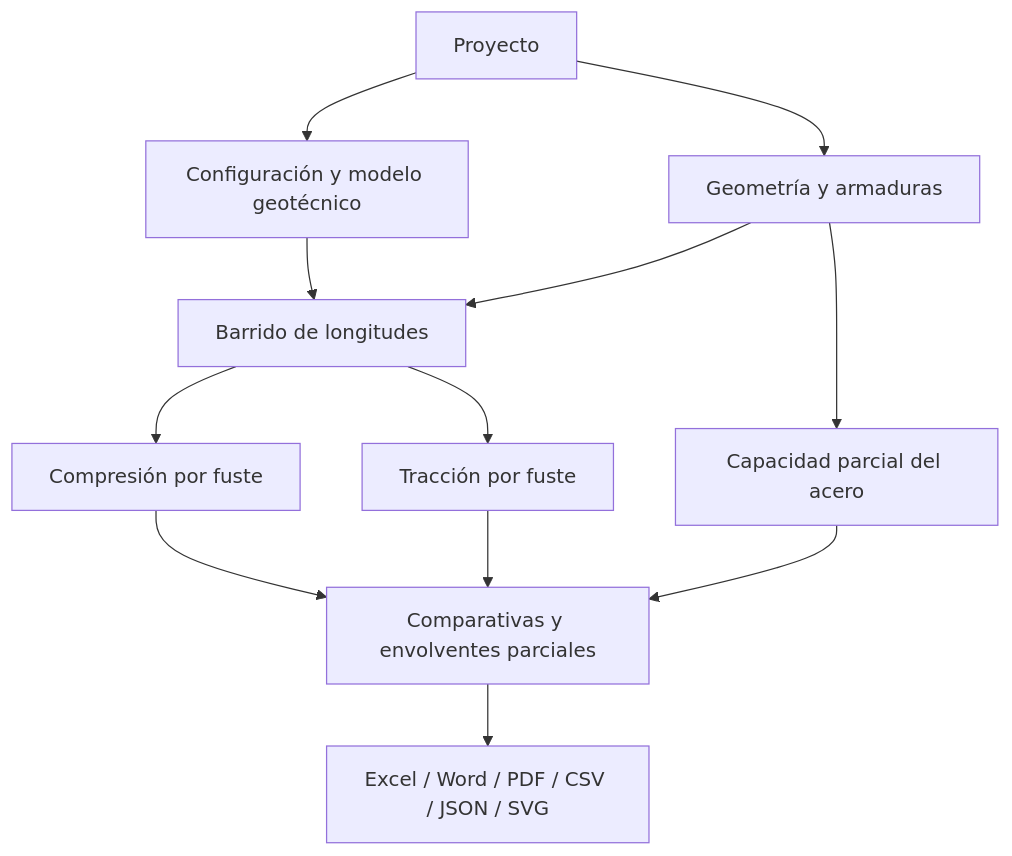
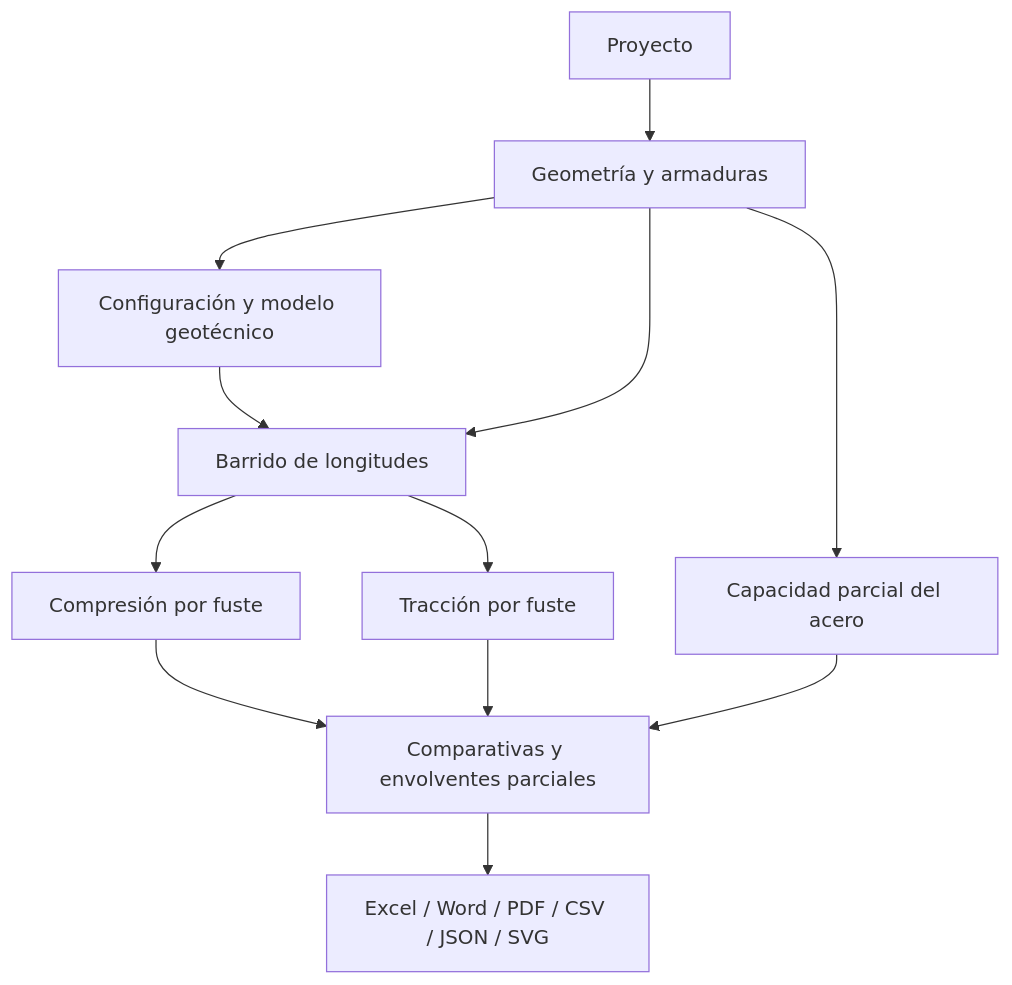
One commit to me1lopig/Exterior changed the diagram in micropilotes/README.md. Above: the diagram before and after it, drawn with Mermaid. The commit also changed other lines of this file and 2 other files, not shown here.

````diff
--- a/micropilotes/README.md
+++ b/micropilotes/README.md
@@ -46,14 +46,14 @@
 ```mermaid
 flowchart TD
-    P[Proyecto] --> G[Configuración y modelo geotécnico]
-    P --> A[Geometría y armaduras]
+    P[Proyecto] --> A[Geometría y armaduras]
+    A --> G[Configuración y modelo geotécnico]
     G --> B[Barrido de longitudes]
     A --> B
     B --> C[Compresión por fuste]
     B --> T[Tracción por fuste]
     A --> S[Capacidad parcial del acero]
     C --> R[Comparativas y envolventes parciales]
     T --> R
     S --> R
     R --> E[Excel / Word / PDF / CSV / JSON / SVG]
 ```
````
